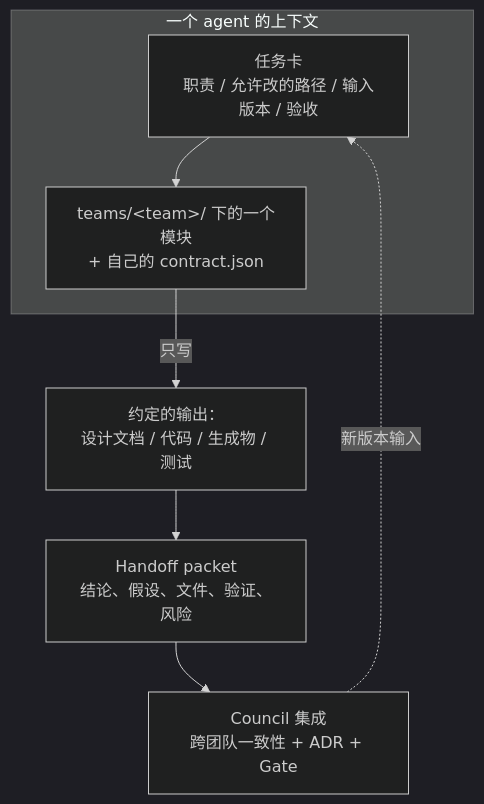
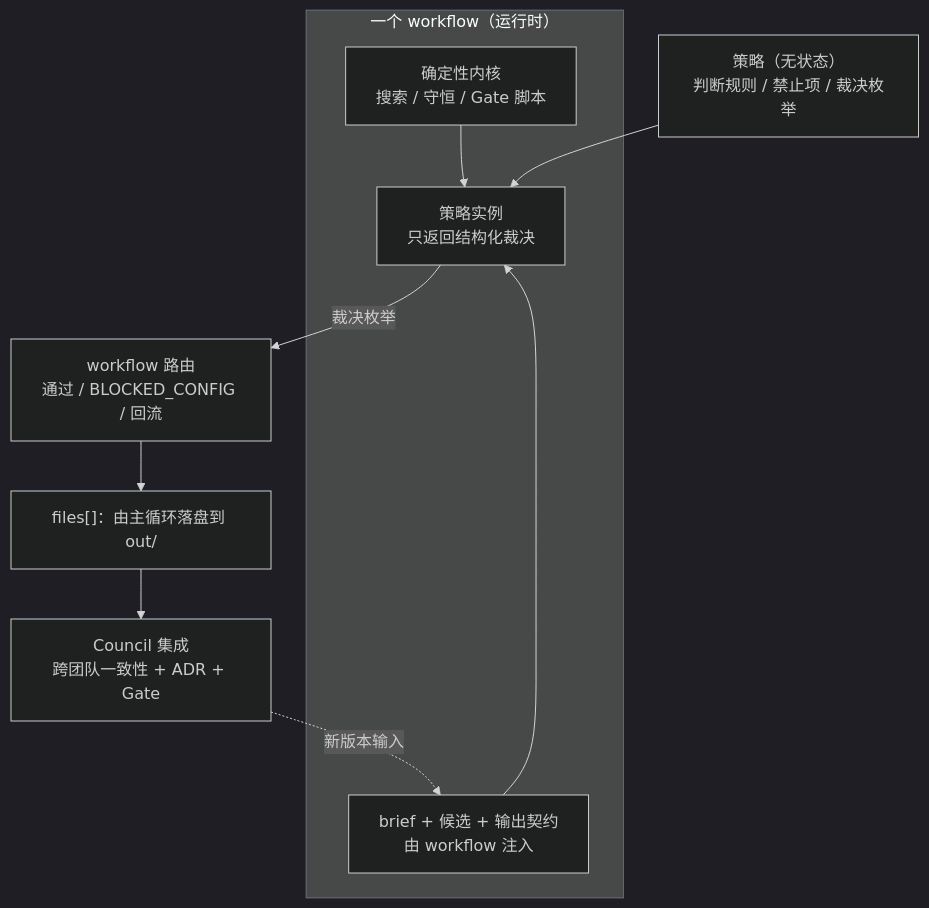
Before and after one commit to xqdan/xihu: the second of 3 diagrams in README.md, drawn with Mermaid (dark theme). The commit also changed other lines of this file and 14 other files, not shown here.

First line of the commit message:
docs: align docs with workflow architecture; reconcile roster consumers with code

````diff
--- a/README.md
+++ b/README.md
@@ -59,11 +63,13 @@
 ```mermaid
 flowchart TB
-  CARD["任务卡<br/>职责 / 允许改的路径 / 输入版本 / 验收"]
-  subgraph AGENT["一个 agent 的上下文"]
-    CARD --> D["teams/&lt;team&gt;/ 下的一个模块<br/>+ 自己的 contract.json"]
+  S["策略（无状态）<br/>判断规则 / 禁止项 / 裁决枚举"]
+  subgraph WF["一个 workflow（运行时）"]
+    B["brief + 候选 + 输出契约<br/>由 workflow 注入"] --> A["策略实例<br/>只返回结构化裁决"]
+    K["确定性内核<br/>搜索 / 守恒 / Gate 脚本"] --> A
   end
-  D -->|"只写"| OUT["约定的输出：<br/>设计文档 / 代码 / 生成物 / 测试"]
-  OUT --> HP["Handoff packet<br/>结论、假设、文件、验证、风险"]
-  HP --> CO["Council 集成<br/>跨团队一致性 + ADR + Gate"]
-  CO -.->|"新版本输入"| CARD
+  S --> A
+  A -->|"裁决枚举"| R["workflow 路由<br/>通过 / BLOCKED_CONFIG / 回流"]
+  R --> F["files[]：由主循环落盘到 out/"]
+  F --> CO["Council 集成<br/>跨团队一致性 + ADR + Gate"]
+  CO -.->|"新版本输入"| B
 ```
````
